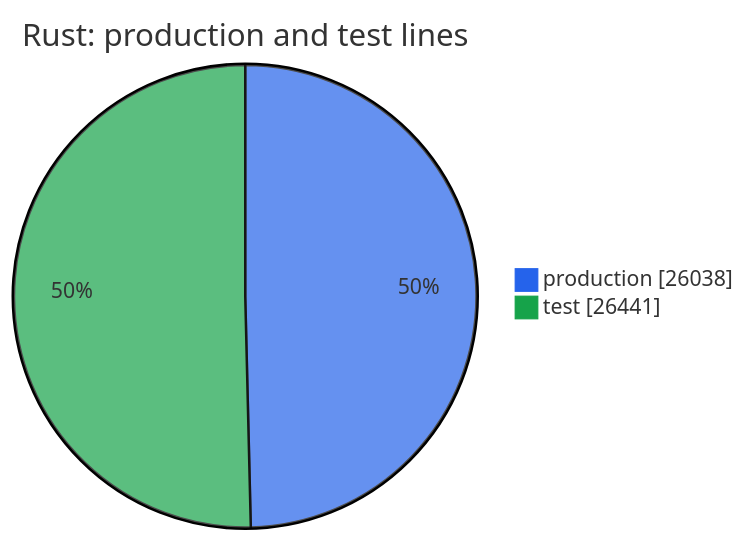
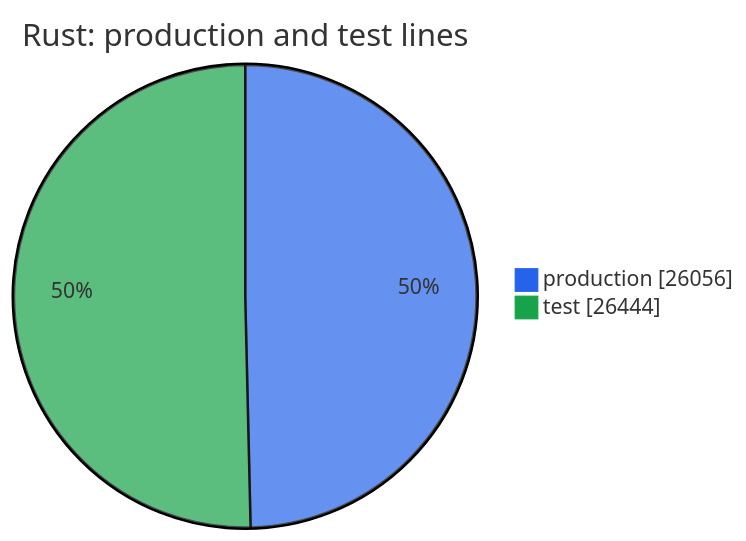
Before and after one commit to thomascherickal/ferrum-gpu: the second of 2 diagrams in metrics.md, drawn with Mermaid. The commit also changed other lines of this file and 63 other files, not shown here.

````diff
--- a/metrics.md
+++ b/metrics.md
@@ -35,6 +35,6 @@
 ```mermaid
 %%{init: {"theme": "base", "themeVariables": {"pie1": "#2563eb", "pie2": "#16a34a", "pie3": "#d97706", "pie4": "#db2777", "pie5": "#7c3aed", "pie6": "#0891b2", "pie7": "#65a30d", "pie8": "#dc2626"}}}%%
 pie showData title Rust: production and test lines
-    "production" : 26038
-    "test" : 26441
+    "production" : 26056
+    "test" : 26444
 ```
````
